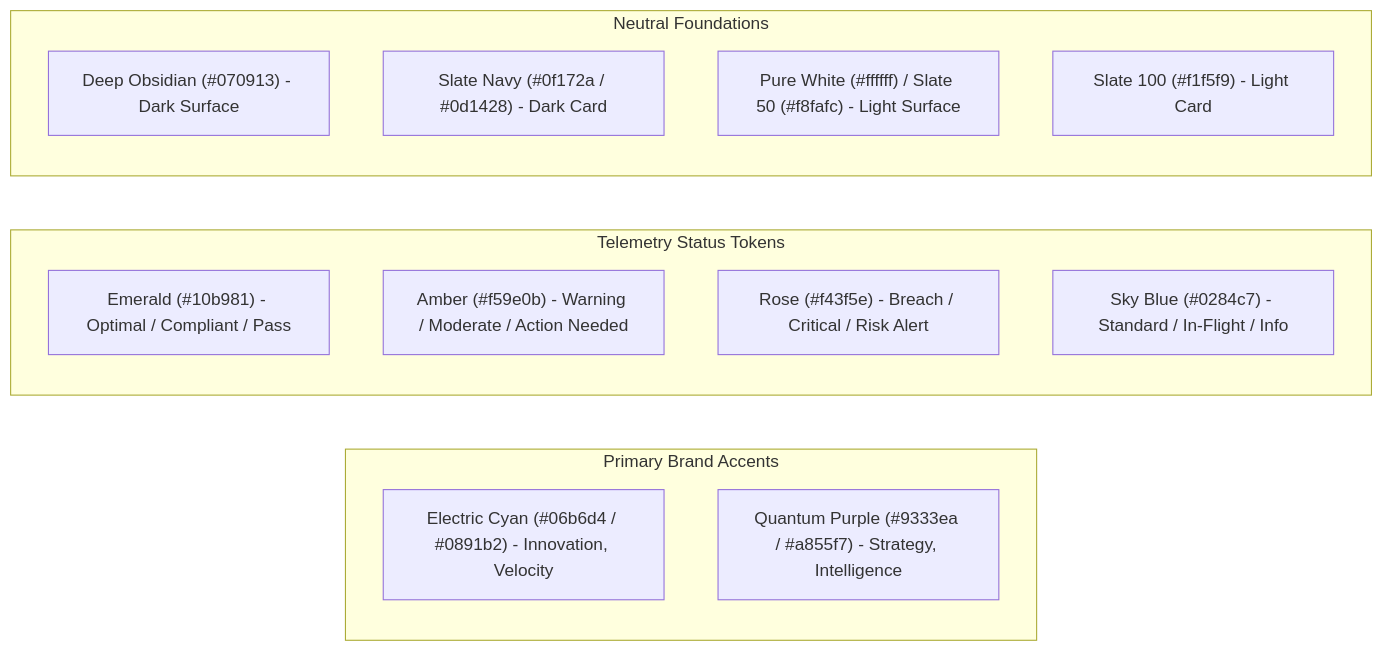
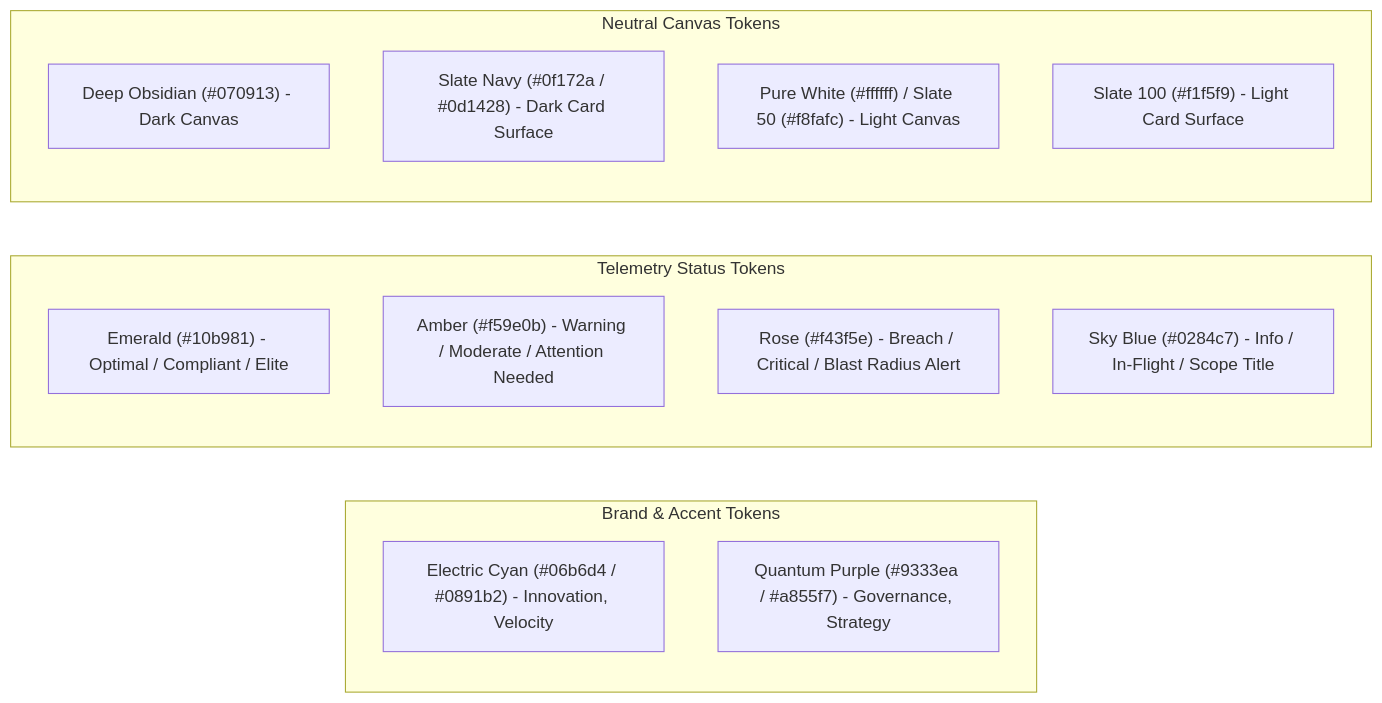
The diagram in docs/design_system.md (INFO-TECH-MICROSYSTEMS/ITMKPIDashboard), drawn with Mermaid before and after one commit. The commit also changed other lines of this file and 11 other files, not shown here.

````diff
--- a/docs/design_system.md
+++ b/docs/design_system.md
@@ -23,21 +23,21 @@
 ```mermaid
 graph LR
-    subgraph BrandColors["Primary Brand Accents"]
+    subgraph BrandTokens["Brand & Accent Tokens"]
         Cyan["Electric Cyan (#06b6d4 / #0891b2) - Innovation, Velocity"]
-        Purple["Quantum Purple (#9333ea / #a855f7) - Strategy, Intelligence"]
+        Purple["Quantum Purple (#9333ea / #a855f7) - Governance, Strategy"]
     end
     
     subgraph StatusTokens["Telemetry Status Tokens"]
-        Emerald["Emerald (#10b981) - Optimal / Compliant / Pass"]
-        Amber["Amber (#f59e0b) - Warning / Moderate / Action Needed"]
-        Rose["Rose (#f43f5e) - Breach / Critical / Risk Alert"]
-        Blue["Sky Blue (#0284c7) - Standard / In-Flight / Info"]
+        Emerald["Emerald (#10b981) - Optimal / Compliant / Elite"]
+        Amber["Amber (#f59e0b) - Warning / Moderate / Attention Needed"]
+        Rose["Rose (#f43f5e) - Breach / Critical / Blast Radius Alert"]
+        Blue["Sky Blue (#0284c7) - Info / In-Flight / Scope Title"]
     end
     
-    subgraph Neutrals["Neutral Foundations"]
-        DarkBg["Deep Obsidian (#070913) - Dark Surface"]
-        DarkCard["Slate Navy (#0f172a / #0d1428) - Dark Card"]
-        LightBg["Pure White (#ffffff) / Slate 50 (#f8fafc) - Light Surface"]
-        LightCard["Slate 100 (#f1f5f9) - Light Card"]
+    subgraph NeutralTokens["Neutral Canvas Tokens"]
+        DarkSurface["Deep Obsidian (#070913) - Dark Canvas"]
+        DarkCard["Slate Navy (#0f172a / #0d1428) - Dark Card Surface"]
+        LightSurface["Pure White (#ffffff) / Slate 50 (#f8fafc) - Light Canvas"]
+        LightCard["Slate 100 (#f1f5f9) - Light Card Surface"]
     end
 ```
````
